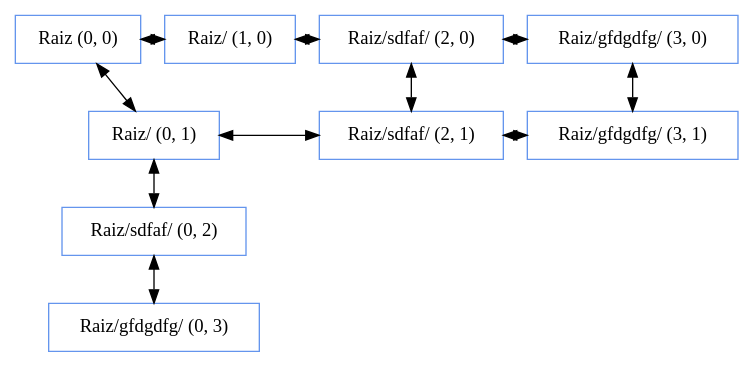
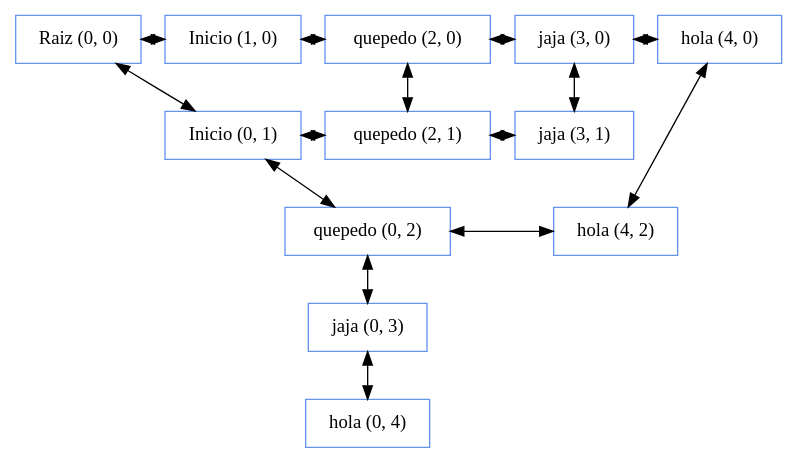
Before and after one commit to fraced97/EDD_2S2019_PY2_201700350: the diagram in Matriz.dot, drawn with Graphviz. The commit also changed 7 other files, not shown here.

```diff
--- a/Matriz.dot
+++ b/Matriz.dot
@@ -1,24 +1,32 @@
 digraph G {
 
 node [shape=box, color=cornflowerblue ];
-"Raiz (0, 0) "->"Raiz/ (0, 1) "[dir=both];
-"Raiz/ (0, 1) "->"Raiz/sdfaf/ (0, 2) "[dir=both];
-"Raiz/sdfaf/ (0, 2) "->"Raiz/gfdgdfg/ (0, 3) "[dir=both];
-"Raiz/sdfaf/ (2, 0) "->"Raiz/sdfaf/ (2, 1) "[dir=both];
-"Raiz/gfdgdfg/ (3, 0) "->"Raiz/gfdgdfg/ (3, 1) "[dir=both];
+"Raiz (0, 0) "->"Inicio (0, 1) "[dir=both];
+"Inicio (0, 1) "->"quepedo (0, 2) "[dir=both];
+"quepedo (0, 2) "->"jaja (0, 3) "[dir=both];
+"jaja (0, 3) "->"hola (0, 4) "[dir=both];
+"quepedo (2, 0) "->"quepedo (2, 1) "[dir=both];
+"jaja (3, 0) "->"jaja (3, 1) "[dir=both];
+"hola (4, 0) "->"hola (4, 2) "[dir=both];
 rank=same{
-"Raiz (0, 0) "->"Raiz/ (1, 0) "[dir=both];
+"Raiz (0, 0) "->"Inicio (1, 0) "[dir=both];
 }
 rank=same{
-"Raiz/ (1, 0) "->"Raiz/sdfaf/ (2, 0) "[dir=both];
+"Inicio (1, 0) "->"quepedo (2, 0) "[dir=both];
 }
 rank=same{
-"Raiz/sdfaf/ (2, 0) "->"Raiz/gfdgdfg/ (3, 0) "[dir=both];
+"quepedo (2, 0) "->"jaja (3, 0) "[dir=both];
 }
 rank=same{
-"Raiz/ (0, 1) "->"Raiz/sdfaf/ (2, 1) "[dir=both];
+"jaja (3, 0) "->"hola (4, 0) "[dir=both];
 }
 rank=same{
-"Raiz/sdfaf/ (2, 1) "->"Raiz/gfdgdfg/ (3, 1) "[dir=both];
+"Inicio (0, 1) "->"quepedo (2, 1) "[dir=both];
+}
+rank=same{
+"quepedo (2, 1) "->"jaja (3, 1) "[dir=both];
+}
+rank=same{
+"quepedo (0, 2) "->"hola (4, 2) "[dir=both];
 }
 }
```
